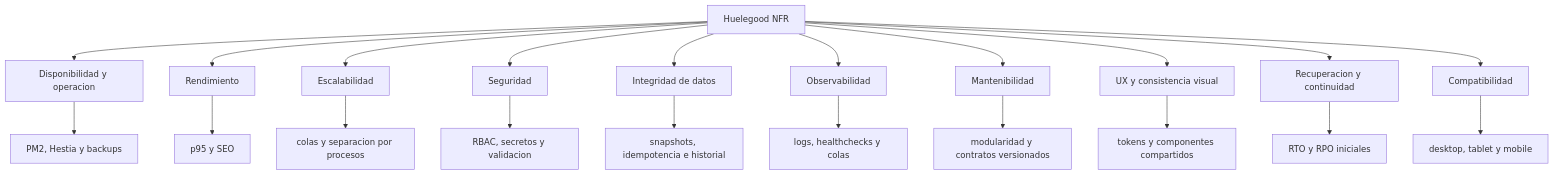
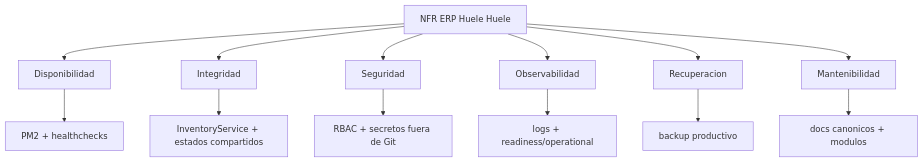
One commit to Raphap-1993/ERP-HUELEHUELE changed the diagram in docs/architecture/non-functional-requirements.md. Above: the diagram before and after it, drawn with Mermaid. The commit also changed other lines of this file and 164 other files, not shown here.

````diff
--- a/docs/architecture/non-functional-requirements.md
+++ b/docs/architecture/non-functional-requirements.md
@@ -9,24 +28,16 @@
 ```mermaid
 flowchart TB
-  nfr["Huelegood NFR"] --> availability["Disponibilidad y operacion"]
-  nfr --> performance["Rendimiento"]
-  nfr --> scalability["Escalabilidad"]
+  nfr["NFR ERP Huele Huele"] --> availability["Disponibilidad"]
+  nfr --> integrity["Integridad"]
   nfr --> security["Seguridad"]
-  nfr --> integrity["Integridad de datos"]
   nfr --> observability["Observabilidad"]
+  nfr --> recovery["Recuperacion"]
   nfr --> maintainability["Mantenibilidad"]
-  nfr --> ux["UX y consistencia visual"]
-  nfr --> continuity["Recuperacion y continuidad"]
-  nfr --> compatibility["Compatibilidad"]
 
-  availability --> a1["PM2, Hestia y backups"]
-  performance --> p1["p95 y SEO"]
-  scalability --> s1["colas y separacion por procesos"]
-  security --> s2["RBAC, secretos y validacion"]
-  integrity --> i1["snapshots, idempotencia e historial"]
-  observability --> o1["logs, healthchecks y colas"]
-  maintainability --> m1["modularidad y contratos versionados"]
-  ux --> u1["tokens y componentes compartidos"]
-  continuity --> c1["RTO y RPO iniciales"]
-  compatibility --> c2["desktop, tablet y mobile"]
+  availability --> pm2["PM2 + healthchecks"]
+  integrity --> inventory["InventoryService + estados compartidos"]
+  security --> rbac["RBAC + secretos fuera de Git"]
+  observability --> logs["logs + readiness/operational"]
+  recovery --> backups["backup productivo"]
+  maintainability --> docs["docs canonicos + modulos"]
 ```
````
